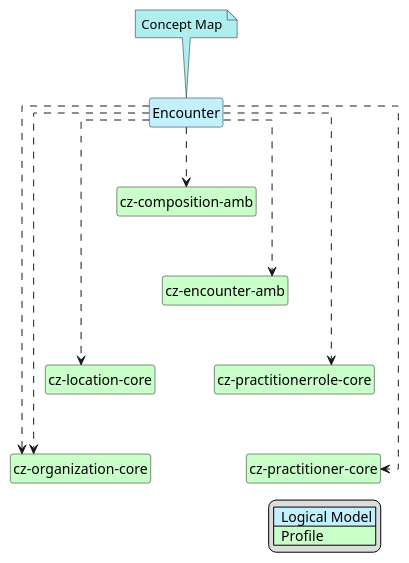
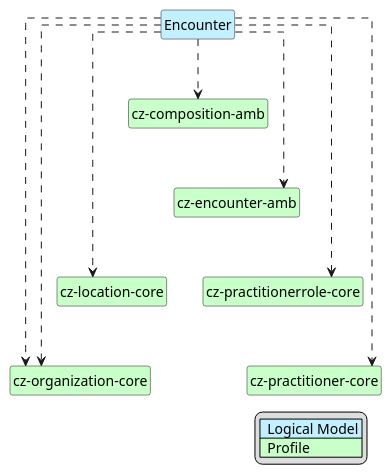
The diagram in input/images-source/encounter-map.plantuml (HL7-cz/amb), drawn with PlantUML before and after one commit. The commit also changed 3 other files, not shown here.

```diff
--- a/input/images-source/encounter-map.plantuml
+++ b/input/images-source/encounter-map.plantuml
@@ -1,53 +1,49 @@
 @startuml Encounter-map
 hide circle
 hide stereotype
 hide members
 hide methods
 
 skinparam linetype ortho
 skinparam class {
   BackgroundColor<<LogicalModel>> #APPLICATION
   BackgroundColor<<Profile>> #TECHNOLOGY
 }
 
 legend right
 | <#APPLICATION>  Logical Model |
 | <#TECHNOLOGY>  Profile |
 endlegend
 
 ' --- Source logical model (ConceptMap.group.source)
 class "Encounter" <<LogicalModel>> [[StructureDefinition-logEncounterCz.html]]
-
-note top #PaleTurquoise [[ConceptMap-encounter2FHIR-cz-amb.html]]
-Concept Map
-endnote
 
 ' --- Targets (ConceptMap.group.target)
 class "cz-composition-amb" <<Profile>> [[StructureDefinition-cz-composition-amb.html]]
 class "cz-encounter-amb" <<Profile>> [[StructureDefinition-cz-encounter-amb.html]]
 
 class "cz-practitionerrole-core" <<Profile>> [[https://hl7.cz/fhir/cz-core/StructureDefinition/cz-practitionerrole-core.html]]
 class "cz-organization-core" <<Profile>> [[https://hl7.cz/fhir/cz-core/StructureDefinition/cz-organization-core.html]]
 class "cz-location-core" <<Profile>> [[https://hl7.cz/fhir/cz-core/StructureDefinition/cz-location-core.html]]
 class "cz-practitioner-core" <<Profile>> [[https://hl7.cz/fhir/cz-core/StructureDefinition/cz-practitioner-core.html]]
 
 ' --- Mappings per groups
 "Encounter" ..> "cz-composition-amb"
 "Encounter" ..> "cz-encounter-amb"
 "Encounter" ..> "cz-location-core"
 
 "Encounter" ..> "cz-practitionerrole-core"
 "Encounter" ..> "cz-organization-core"
 "Encounter" ..> "cz-practitioner-core"
 
 "Encounter"..> "cz-organization-core"
 
 ' --- Layout helpers (optional)
 "cz-composition-amb" -d[hidden]-> "cz-encounter-amb"
 "cz-encounter-amb" -d[hidden]-> "cz-practitionerrole-core"
 "cz-practitionerrole-core" -d[hidden]-> "cz-practitioner-core"
 "cz-practitionerrole-core" -d[hidden]-> "cz-organization-core"
 "cz-encounter-amb" -d[hidden]-> "cz-location-core"
 "cz-location-core" -d[hidden]-> "cz-organization-core"
 
 @enduml
```
